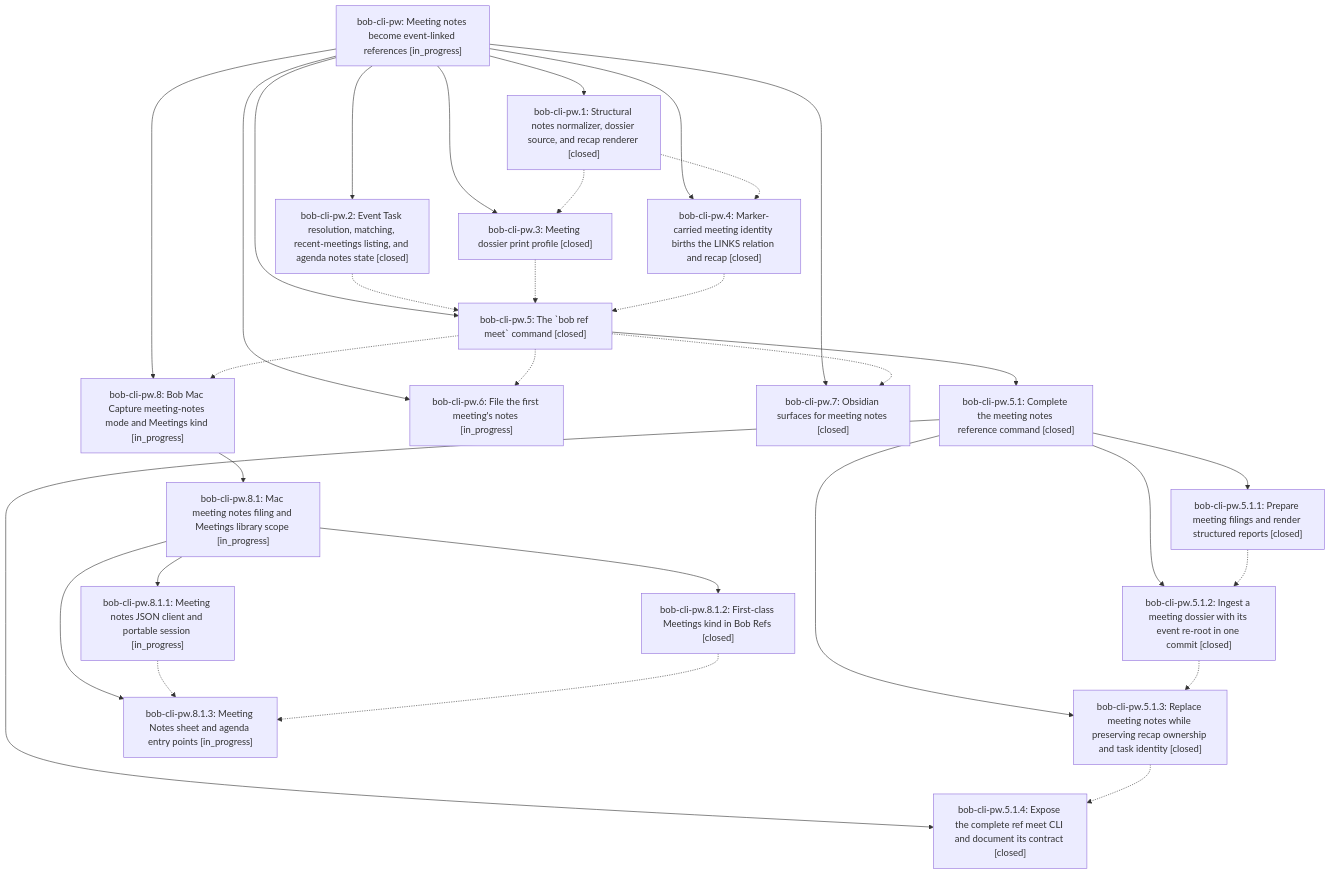
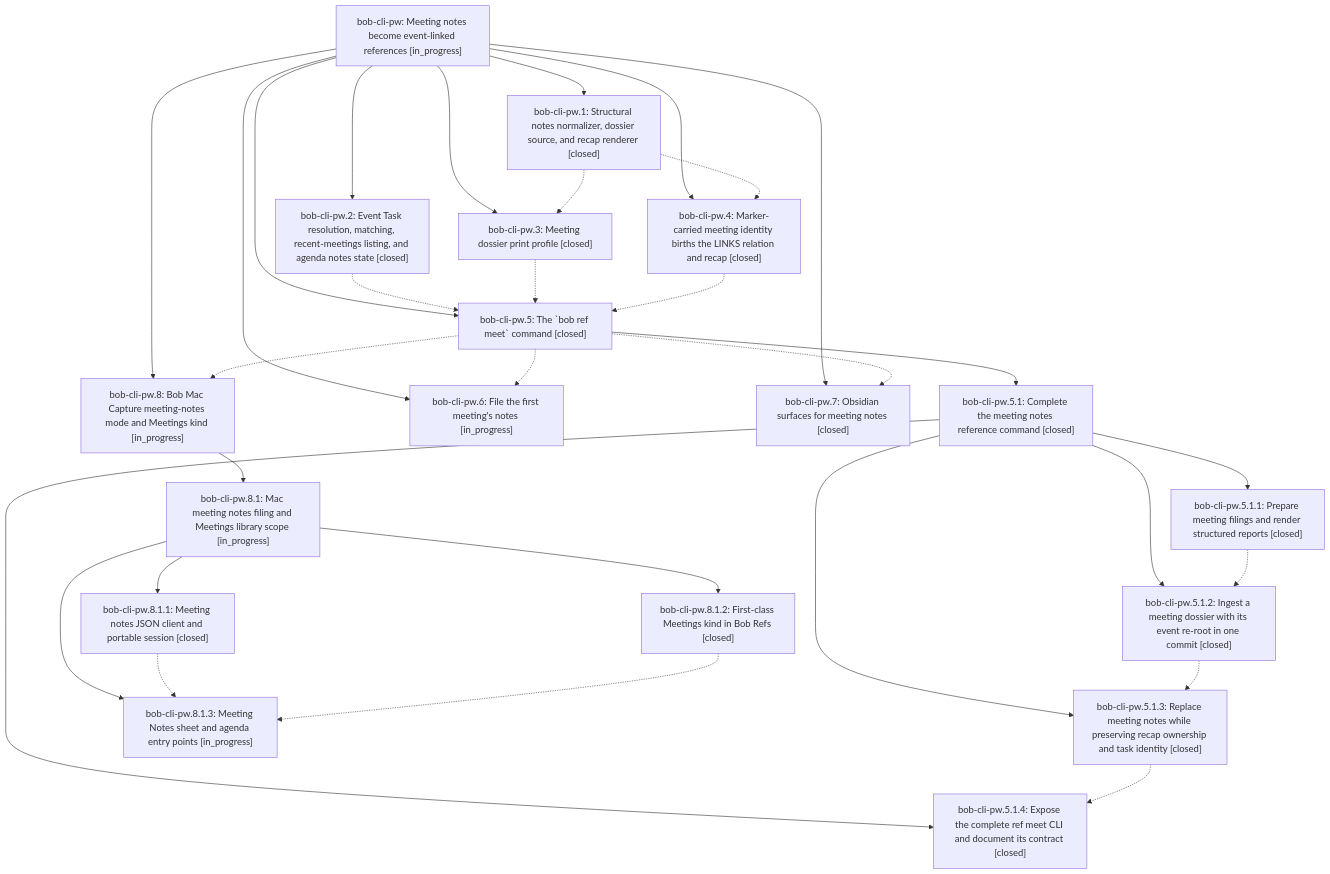
Before and after one commit to bobs-org/bob-cli--beads: the diagram in pages/bob-cli-pw/README.md, drawn with Mermaid. The commit also changed other lines of this file and 2 other files, not shown here.

First line of the commit message:
chore(beads): sync bead state and pages for bob-cli-pw

````diff
--- a/pages/bob-cli-pw/README.md
+++ b/pages/bob-cli-pw/README.md
@@ -53,51 +53,51 @@
 ```mermaid
 flowchart TD
     n0["bob-cli-pw: Meeting notes become event-linked references [in_progress]"]
     n1["bob-cli-pw.1: Structural notes normalizer, dossier source, and recap renderer [closed]"]
     n2["bob-cli-pw.2: Event Task resolution, matching, recent-meetings listing, and agenda notes state [closed]"]
     n3["bob-cli-pw.3: Meeting dossier print profile [closed]"]
     n4["bob-cli-pw.4: Marker-carried meeting identity births the LINKS relation and recap [closed]"]
     n5["bob-cli-pw.5: The `bob ref meet` command [closed]"]
     n6["bob-cli-pw.5.1: Complete the meeting notes reference command [closed]"]
     n7["bob-cli-pw.5.1.1: Prepare meeting filings and render structured reports [closed]"]
     n8["bob-cli-pw.5.1.2: Ingest a meeting dossier with its event re-root in one commit [closed]"]
     n9["bob-cli-pw.5.1.3: Replace meeting notes while preserving recap ownership and task identity [closed]"]
     n10["bob-cli-pw.5.1.4: Expose the complete ref meet CLI and document its contract [closed]"]
     n11["bob-cli-pw.6: File the first meeting's notes [in_progress]"]
     n12["bob-cli-pw.7: Obsidian surfaces for meeting notes [closed]"]
     n13["bob-cli-pw.8: Bob Mac Capture meeting-notes mode and Meetings kind [in_progress]"]
     n14["bob-cli-pw.8.1: Mac meeting notes filing and Meetings library scope [in_progress]"]
-    n15["bob-cli-pw.8.1.1: Meeting notes JSON client and portable session [in_progress]"]
+    n15["bob-cli-pw.8.1.1: Meeting notes JSON client and portable session [closed]"]
     n16["bob-cli-pw.8.1.2: First-class Meetings kind in Bob Refs [closed]"]
     n17["bob-cli-pw.8.1.3: Meeting Notes sheet and agenda entry points [in_progress]"]
     n0 --> n1
     n0 --> n2
     n0 --> n3
     n0 --> n4
     n0 --> n5
     n5 --> n6
     n6 --> n7
     n6 --> n8
     n6 --> n9
     n6 --> n10
     n0 --> n11
     n0 --> n12
     n0 --> n13
     n13 --> n14
     n14 --> n15
     n14 --> n16
     n14 --> n17
     n1 -.-> n3
     n1 -.-> n4
     n2 -.-> n5
     n3 -.-> n5
     n4 -.-> n5
     n5 -.-> n11
     n5 -.-> n12
     n5 -.-> n13
     n7 -.-> n8
     n8 -.-> n9
     n9 -.-> n10
     n15 -.-> n17
     n16 -.-> n17
 ```
````
